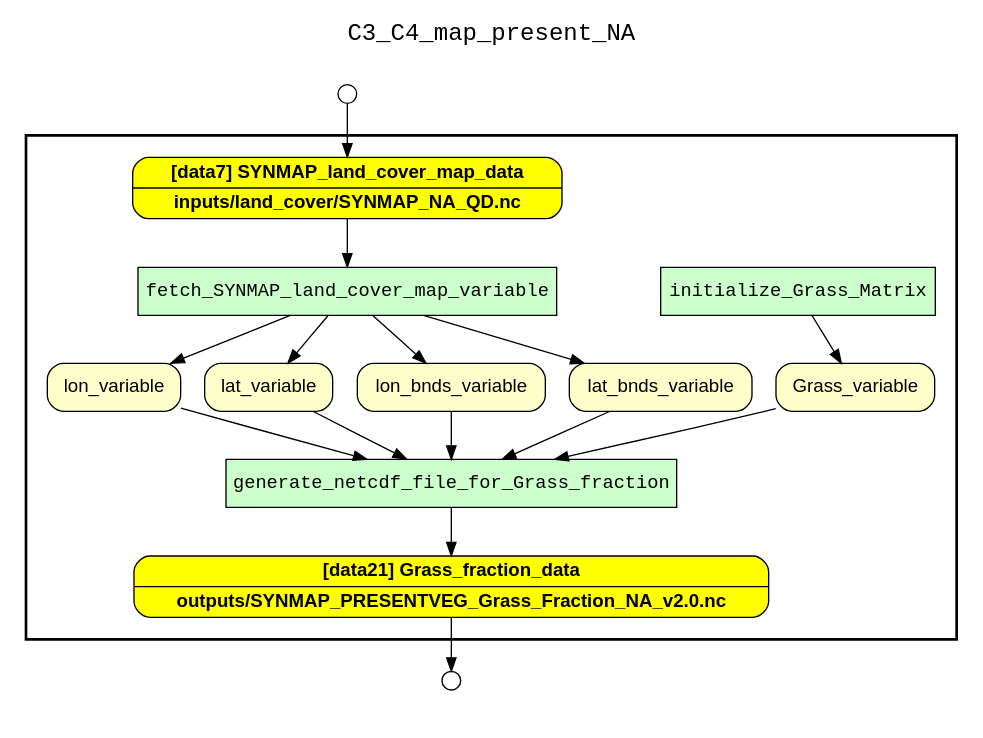
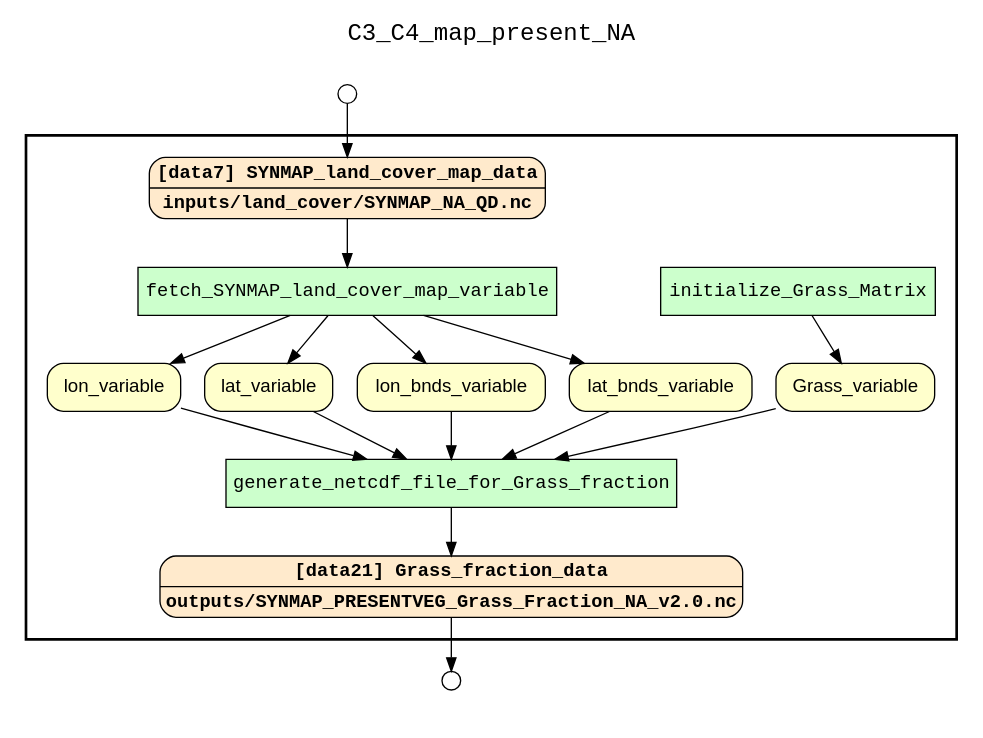
Before and after one commit to idaks/dataone-ahm-2016-poster: the diagram in examples/C3C4/results/wf_recon_upstream_of_Grass_fraction_data.gv, drawn with Graphviz. The commit also changed 7 other files, not shown here.

Commit message:
Add new recon-graph for both examples because we use new colors.

```diff
--- a/examples/C3C4/results/wf_recon_upstream_of_Grass_fraction_data.gv
+++ b/examples/C3C4/results/wf_recon_upstream_of_Grass_fraction_data.gv
@@ -1,51 +1,51 @@
 
 digraph yw_data_view {
 rankdir=TB
 fontname=Courier; fontsize=18; labelloc=t
 label="C3_C4_map_present_NA"
 subgraph cluster_workflow { label=""; color=black; penwidth=2
 subgraph cluster_workflow_inner { label=""; color=white
 node[shape=box style="filled" fillcolor="#CCFFCC" peripheries=1 fontname=Courier]
 initialize_Grass_Matrix
 fetch_SYNMAP_land_cover_map_variable
 generate_netcdf_file_for_Grass_fraction
 node[shape=box style="filled" fillcolor="#CCFFCC" peripheries=1 fontname=Courier]
 node[shape=box style="rounded,filled" fillcolor="#FFFFCC" peripheries=1 fontname=Helvetica]
 lon_variable
 lat_variable
 lon_bnds_variable
 lat_bnds_variable
 Grass_variable
-node[shape=box style="rounded,filled" fillcolor="#FFFF00" peripheries=1 fontname="Helvetica-Bold"]
+node[shape=box style="rounded,filled" fillcolor="#FFEACC" peripheries=1 fontname="Courier-Bold"]
 SYNMAP_land_cover_map_data[shape=record rankdir=LR label="{<f0> [data7] SYNMAP_land_cover_map_data |<f1>inputs/land_cover/SYNMAP_NA_QD.nc
 }"]
-node[shape=box style="rounded,filled" fillcolor="#FFFF00" peripheries=1 fontname="Helvetica-Bold"]
+node[shape=box style="rounded,filled" fillcolor="#FFEACC" peripheries=1 fontname="Courier-Bold"]
 Grass_fraction_data[shape=record rankdir=LR label="{<f0> [data21] Grass_fraction_data |<f1>outputs/SYNMAP_PRESENTVEG_Grass_Fraction_NA_v2.0.nc
 }"]
 node[shape=box style="rounded,filled" fillcolor="#FFFFFF" peripheries=1 fontname=Helvetica]
 }}
 subgraph cluster_inflows { label=""; color=white; penwidth=2
 subgraph cluster_inflows_inner { label=""; color=white
 node[shape=circle fillcolor="#FFFFFF" peripheries=1 width=0.2]
 SYNMAP_land_cover_map_data_inflow [label=""]
 }}
 subgraph cluster_outflows { label=""; color=white; penwidth=2
 subgraph cluster_outflows_inner { label=""; color=white
 node[shape=circle fillcolor="#FFFFFF" peripheries=1 width=0.2]
 Grass_fraction_data_outflow [label=""]
 }}
 Grass_variable -> generate_netcdf_file_for_Grass_fraction
 lat_bnds_variable -> generate_netcdf_file_for_Grass_fraction
 lon_bnds_variable -> generate_netcdf_file_for_Grass_fraction
 lat_variable -> generate_netcdf_file_for_Grass_fraction
 lon_variable -> generate_netcdf_file_for_Grass_fraction
 SYNMAP_land_cover_map_data -> fetch_SYNMAP_land_cover_map_variable
 fetch_SYNMAP_land_cover_map_variable -> lon_variable
 fetch_SYNMAP_land_cover_map_variable -> lat_variable
 fetch_SYNMAP_land_cover_map_variable -> lon_bnds_variable
 fetch_SYNMAP_land_cover_map_variable -> lat_bnds_variable
 initialize_Grass_Matrix -> Grass_variable
 generate_netcdf_file_for_Grass_fraction -> Grass_fraction_data
 SYNMAP_land_cover_map_data_inflow -> SYNMAP_land_cover_map_data
 Grass_fraction_data -> Grass_fraction_data_outflow
 }
```
